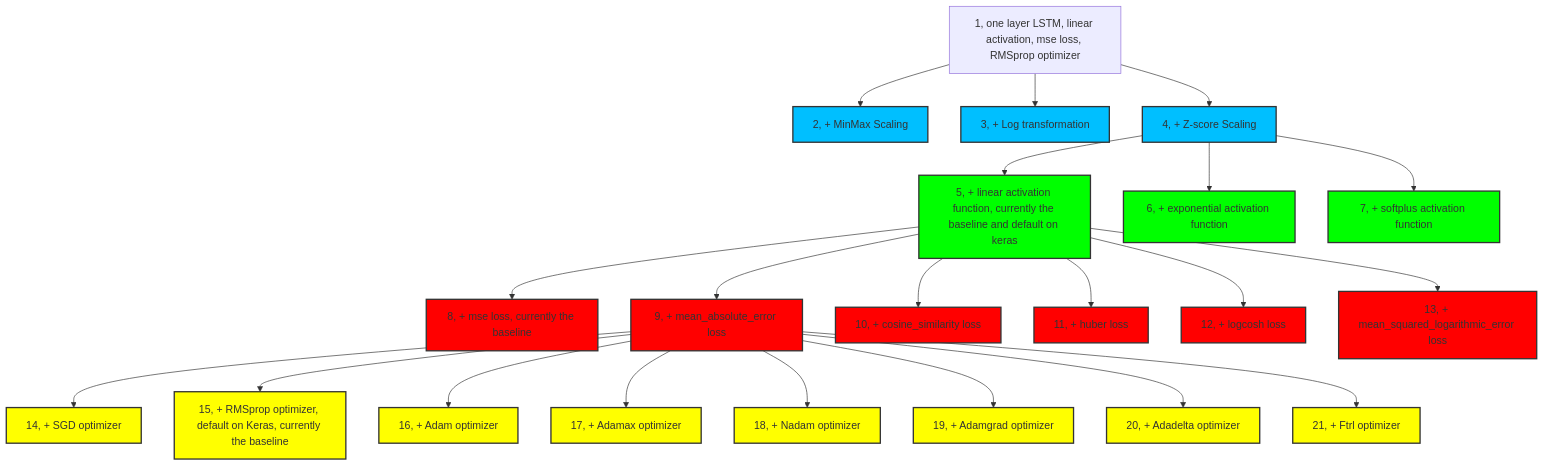
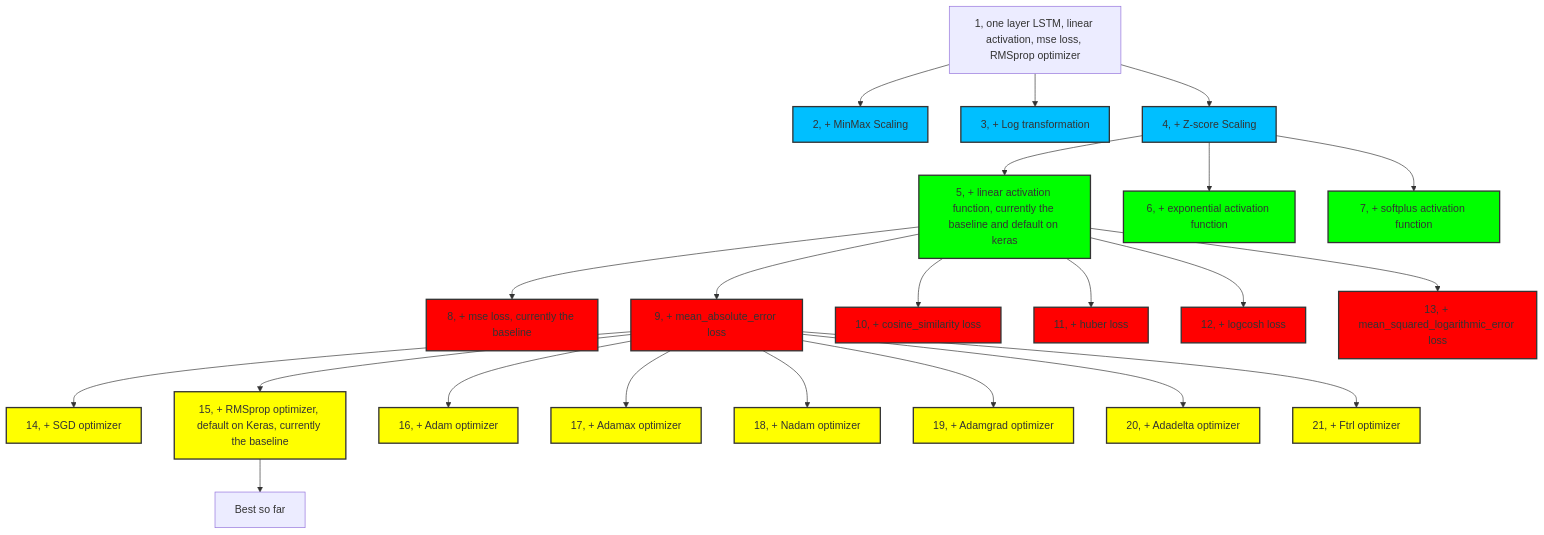
Before and after one commit to zihaozeng0021/currency-exchange-rate-forecasting: the diagram in src/models/LSTM/LSTM_regressor/experiment_hierarchy.md, drawn with Mermaid. The commit also changed 47 other files, not shown here.

````diff
--- a/src/models/LSTM/LSTM_regressor/experiment_hierarchy.md
+++ b/src/models/LSTM/LSTM_regressor/experiment_hierarchy.md
@@ -1,37 +1,38 @@
 ```mermaid
 graph TD
     1[1, one layer LSTM, linear activation, mse loss, RMSprop optimizer] --> 2[2, + MinMax Scaling]
     1 --> 3[3, + Log transformation]
     1 --> 4[4, + Z-score Scaling]
     4 --> 5[5, + linear activation function, currently the baseline and default on keras]
     4 --> 6[6, + exponential activation function]
     4 --> 7[7, + softplus activation function]
     5 --> 8[8, + mse loss, currently the baseline]
     5 --> 9[9, + mean_absolute_error loss]
     5 --> 10[10, + cosine_similarity loss]
     5 --> 11[11, + huber loss]
     5 --> 12[12, + logcosh loss]
     5 --> 13[13, + mean_squared_logarithmic_error loss]
     9 --> 14[14, + SGD optimizer]
     9 --> 15[15, + RMSprop optimizer, default on Keras, currently the baseline]
     9 --> 16[16, + Adam optimizer]
     9 --> 17[17, + Adamax optimizer]
     9 --> 18[18, + Nadam optimizer]
     9 --> 19[19, + Adamgrad optimizer]
     9 --> 20[20, + Adadelta optimizer]
     9 --> 21[21, + Ftrl optimizer]
+    15 --> 22[Best so far]
     
     
     classDef brightBlue fill:#00BFFF,stroke:#333,stroke-width:2px;
     class 2,3,4 brightBlue;
     
     classDef brightGreen fill:#00FF00,stroke:#333,stroke-width:2px;
     class 5,6,7 brightGreen;
     
     classDef brightRed fill:#FF0000,stroke:#333,stroke-width:2px;
     class 8,9,10,11,12,13 brightRed;
     
     classDef brightYellow fill:#FFFF00,stroke:#333,stroke-width:2px;
     class 14,15,16,17,18,19,20,21 brightYellow;
     
 ```
````
